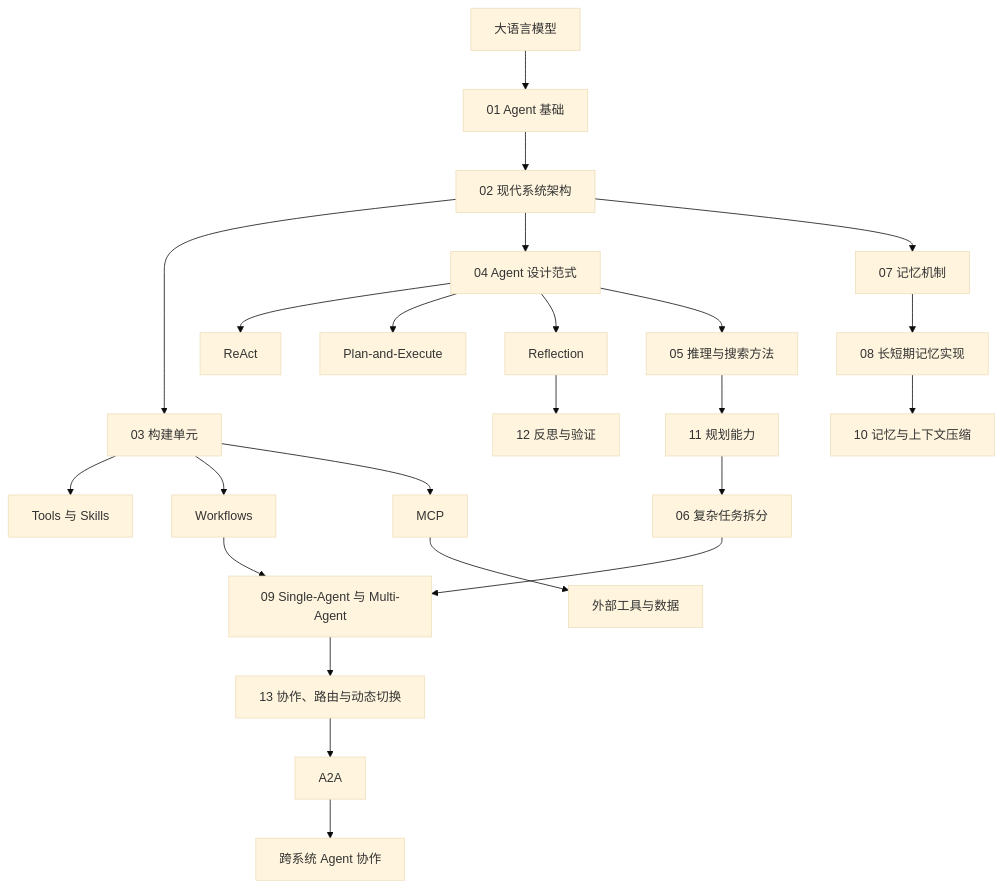
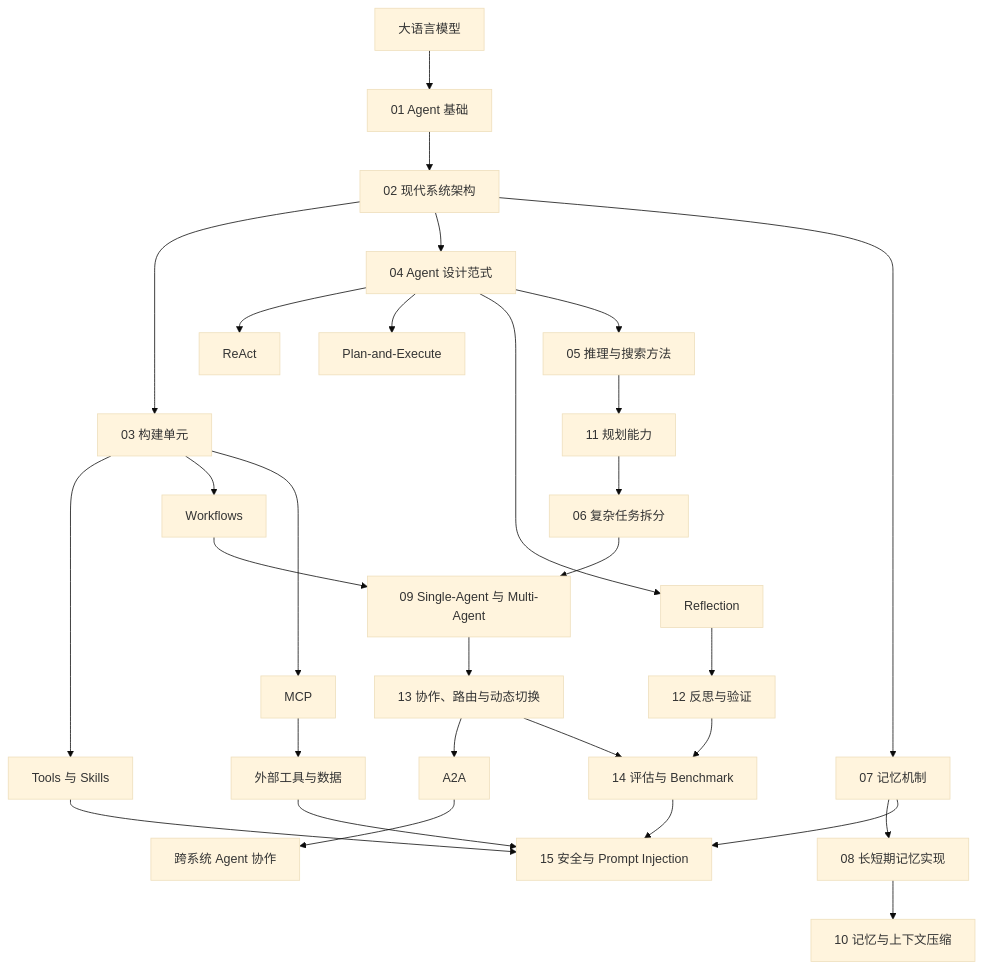
One commit to oneleaveknowsthefall/awesome-ai-roadmap changed the diagram in README.md. Above: the diagram before and after it, drawn with Mermaid (base theme). The commit also changed other lines of this file and 7 other files, not shown here.

````diff
--- a/README.md
+++ b/README.md
@@ -34,32 +36,39 @@
 ```mermaid
 flowchart TB
     LLM[大语言模型] --> FOUNDATION[01 Agent 基础]
     FOUNDATION --> ARCH[02 现代系统架构]
 
     ARCH --> BUILD[03 构建单元]
     BUILD --> TOOLS[Tools 与 Skills]
     BUILD --> WORKFLOW[Workflows]
     BUILD --> MCP[MCP]
 
     ARCH --> PATTERN[04 Agent 设计范式]
     PATTERN --> REACT[ReAct]
     PATTERN --> PLANEXEC[Plan-and-Execute]
     PATTERN --> REFLECT[Reflection]
 
     PATTERN --> REASON[05 推理与搜索方法]
     REASON --> PLAN[11 规划能力]
     PLAN --> DECOMP[06 复杂任务拆分]
     REFLECT --> REFMECH[12 反思与验证]
 
     ARCH --> MEMORY[07 记忆机制]
     MEMORY --> MEMIMPL[08 长短期记忆实现]
     MEMIMPL --> COMPRESS[10 记忆与上下文压缩]
 
     DECOMP --> MULTI[09 Single-Agent 与 Multi-Agent]
     MULTI --> COORD[13 协作、路由与动态切换]
     COORD --> A2A[A2A]
 
     MCP --> EXTERNAL[外部工具与数据]
     A2A --> REMOTE[跨系统 Agent 协作]
     WORKFLOW --> MULTI
+
+    COORD --> EVAL[14 评估与 Benchmark]
+    REFMECH --> EVAL
+    EVAL --> SEC[15 安全与 Prompt Injection]
+    TOOLS --> SEC
+    MEMORY --> SEC
+    EXTERNAL --> SEC
 ```
````
